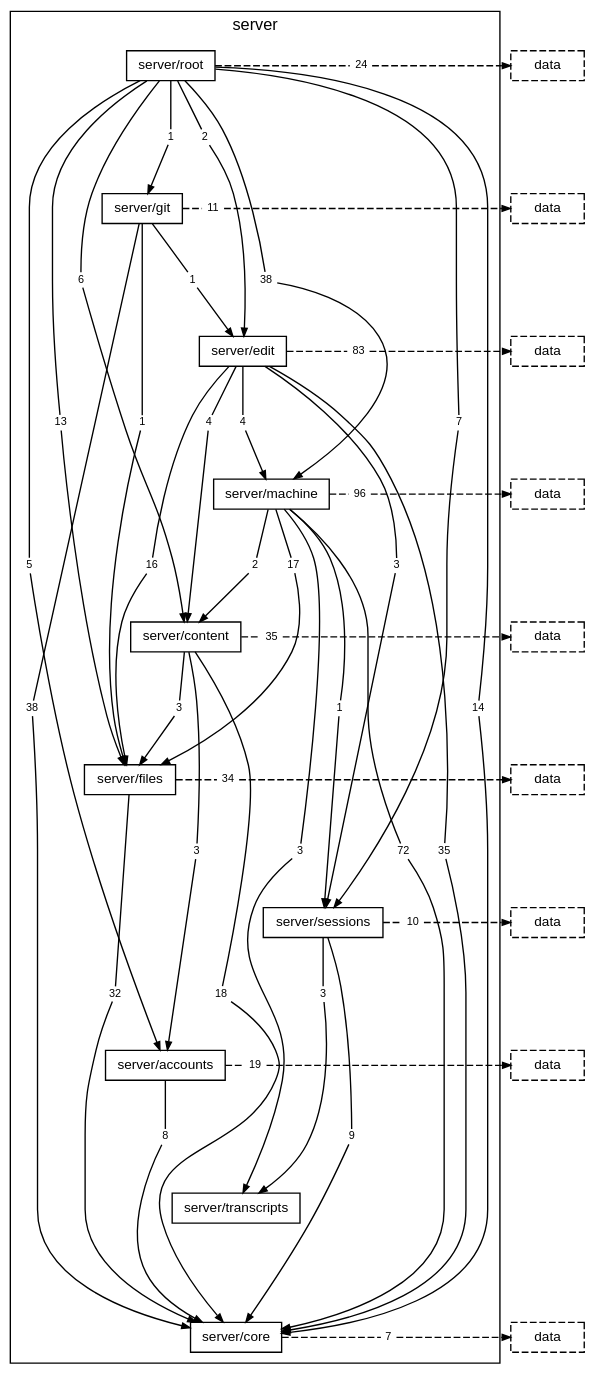
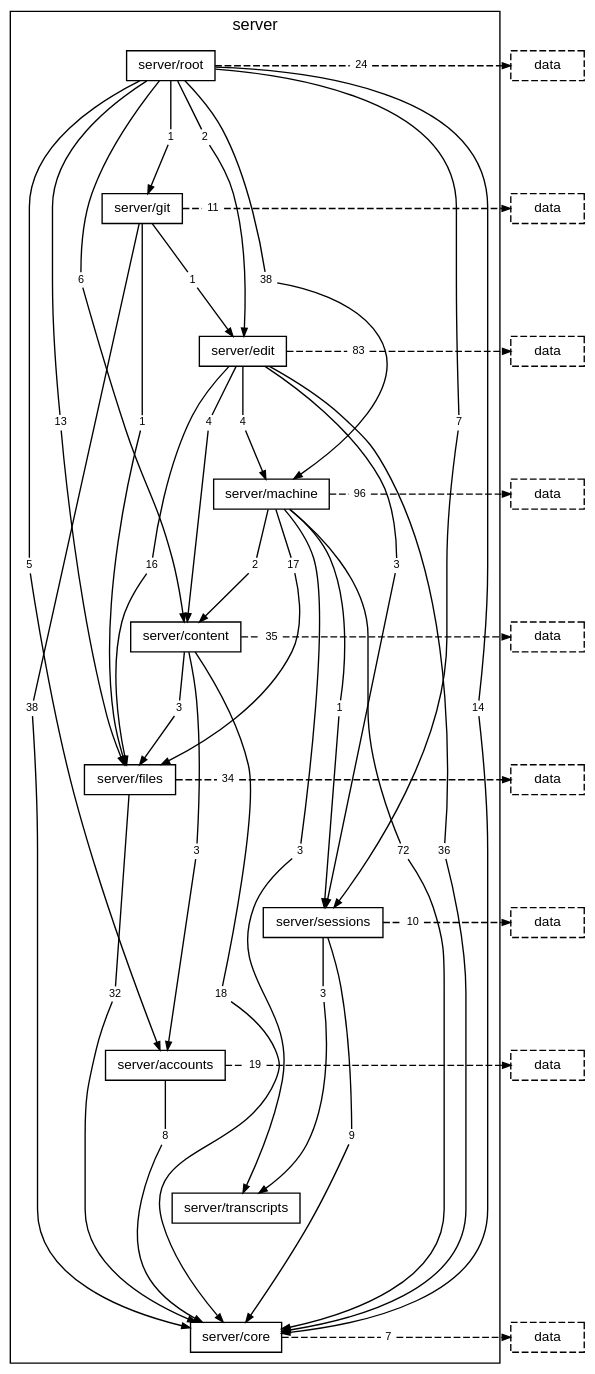
Before and after one commit to TheAxeC/oculus: the diagram in docs/diagrams/layer-server.dot, drawn with Graphviz. The commit also changed 75 other files, not shown here.

```diff
--- a/docs/diagrams/layer-server.dot
+++ b/docs/diagrams/layer-server.dot
@@ -28,7 +28,7 @@
         "folder server/git to folder server/files" [label="1", shape=box, color="transparent", fontsize=8, width=0, height=0, margin="0.04,0.02"];
         "folder server/git to layer data" [label="11", shape=box, color="transparent", fontsize=8, width=0, height=0, margin="0.04,0.02"];
         "folder server/edit to folder server/content" [label="4", shape=box, color="transparent", fontsize=8, width=0, height=0, margin="0.04,0.02"];
-        "folder server/edit to folder server/core" [label="35", shape=box, color="transparent", fontsize=8, width=0, height=0, margin="0.04,0.02"];
+        "folder server/edit to folder server/core" [label="36", shape=box, color="transparent", fontsize=8, width=0, height=0, margin="0.04,0.02"];
         "folder server/edit to folder server/files" [label="16", shape=box, color="transparent", fontsize=8, width=0, height=0, margin="0.04,0.02"];
         "folder server/edit to folder server/machine" [label="4", shape=box, color="transparent", fontsize=8, width=0, height=0, margin="0.04,0.02"];
         "folder server/edit to folder server/sessions" [label="3", shape=box, color="transparent", fontsize=8, width=0, height=0, margin="0.04,0.02"];
```
